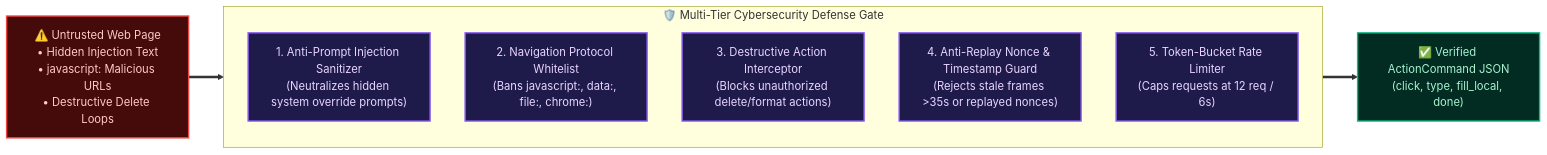
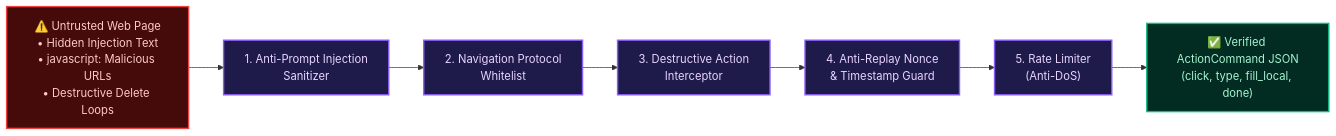
One commit to divyansh2102t-dev/SIH2026 changed the third of 3 diagrams in README.md. Above: the diagram before and after it, drawn with Mermaid. The commit also changed other lines of this file, not shown here.

Commit message:
Clean non-overlapping linear Mermaid architecture flow in README

````diff
--- a/README.md
+++ b/README.md
@@ -142,26 +118,22 @@
 ```mermaid
-flowchart LR
+graph LR
     classDef threat fill:#450a0a,stroke:#ef4444,stroke-width:2px,color:#fecaca;
     classDef defense fill:#1e1b4b,stroke:#8b5cf6,stroke-width:2px,color:#e9d5ff;
     classDef safe fill:#022c22,stroke:#10b981,stroke-width:2px,color:#a7f3d0;
 
     Threat["⚠️ Untrusted Web Page<br/>• Hidden Injection Text<br/>• javascript: Malicious URLs<br/>• Destructive Delete Loops"]
-    
-    subgraph Defenses ["🛡️ Multi-Tier Cybersecurity Defense Gate"]
-        direction TB
-        G1["1. Anti-Prompt Injection Sanitizer<br/>(Neutralizes hidden system override prompts)"]
-        G2["2. Navigation Protocol Whitelist<br/>(Bans javascript:, data:, file:, chrome:)"]
-        G3["3. Destructive Action Interceptor<br/>(Blocks unauthorized delete/format actions)"]
-        G4["4. Anti-Replay Nonce & Timestamp Guard<br/>(Rejects stale frames >35s or replayed nonces)"]
-        G5["5. Token-Bucket Rate Limiter<br/>(Caps requests at 12 req / 6s)"]
-    end
+
+    G1["1. Anti-Prompt Injection<br/>Sanitizer"]
+    G2["2. Navigation Protocol<br/>Whitelist"]
+    G3["3. Destructive Action<br/>Interceptor"]
+    G4["4. Anti-Replay Nonce<br/>& Timestamp Guard"]
+    G5["5. Rate Limiter<br/>(Anti-DoS)"]
 
     SafeAction["✅ Verified ActionCommand JSON<br/>(click, type, fill_local, done)"]
 
-    Threat ==> Defenses
-    Defenses ==> SafeAction
+    Threat --> G1 --> G2 --> G3 --> G4 --> G5 --> SafeAction
 
     class Threat threat;
     class G1,G2,G3,G4,G5 defense;
     class SafeAction safe;
 ```
````
